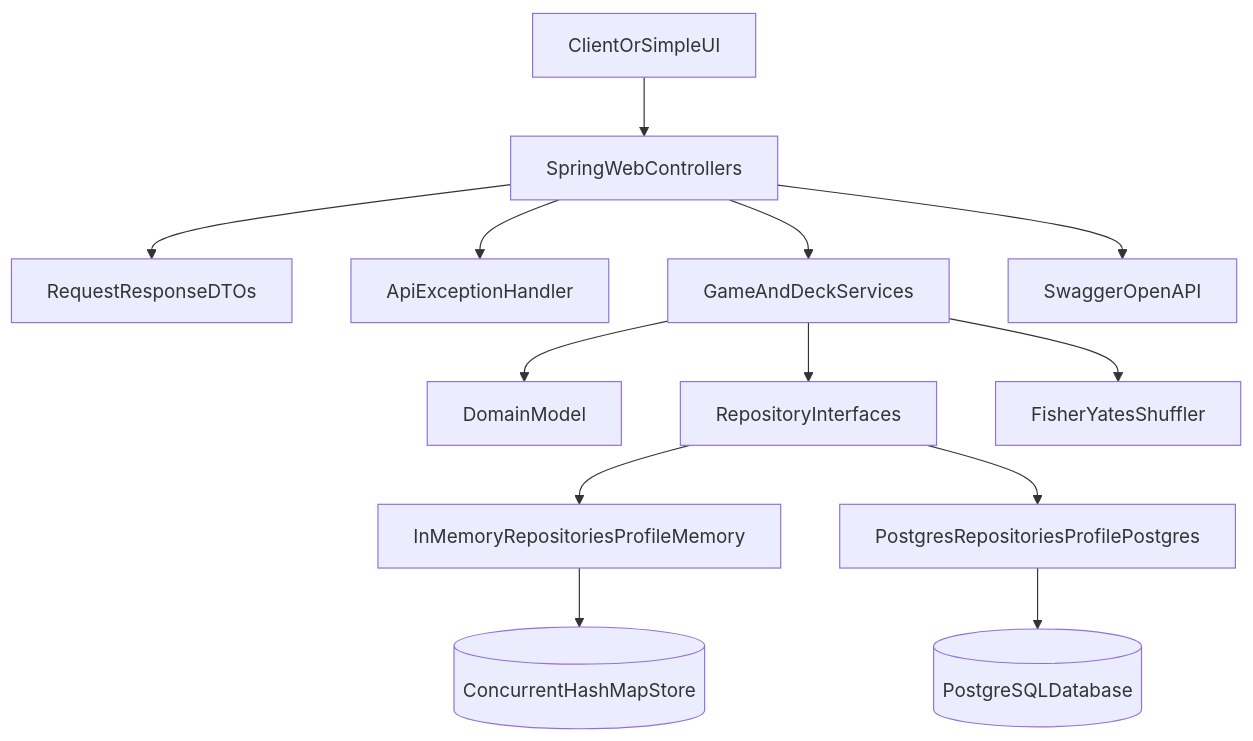
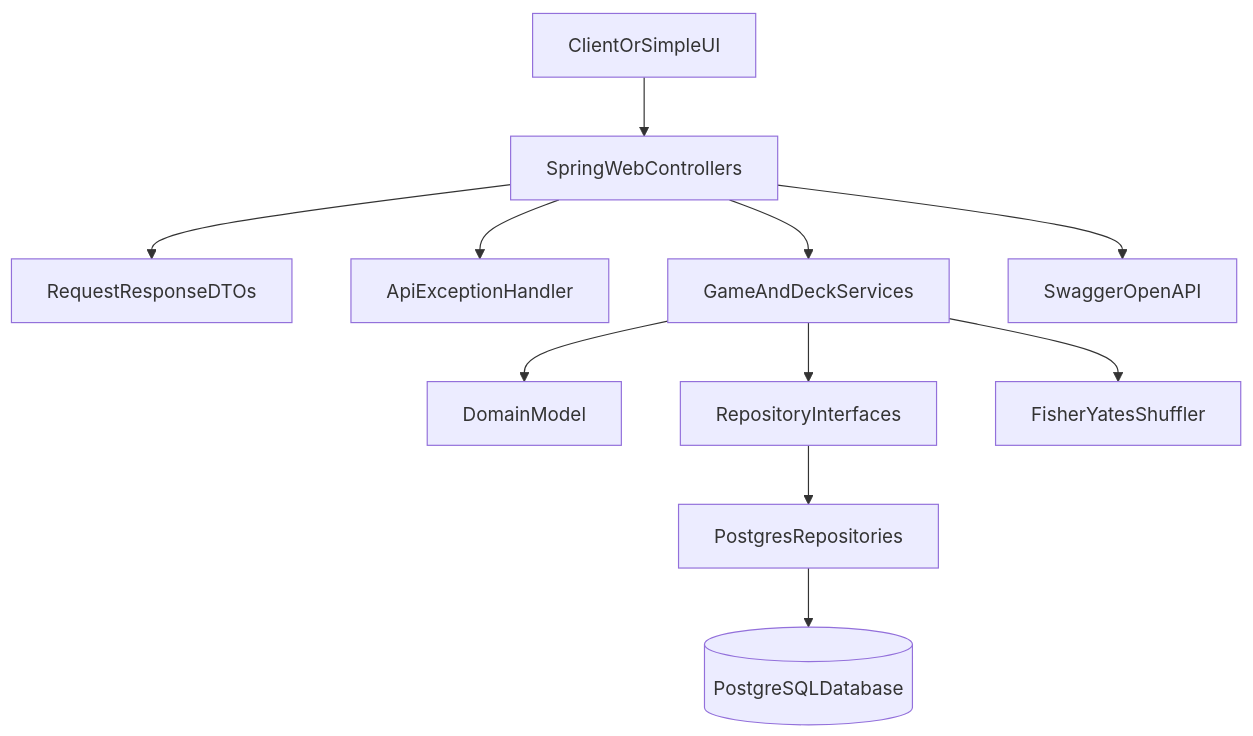
One commit to Alpha0824/deck-service changed the diagram in README.md. Above: the diagram before and after it, drawn with Mermaid. The commit also changed other lines of this file and 19 other files, not shown here.

````diff
--- a/README.md
+++ b/README.md
@@ -84,15 +71,13 @@
 ```mermaid
 flowchart TD
     client[ClientOrSimpleUI] --> api[SpringWebControllers]
     api --> dto[RequestResponseDTOs]
     api --> handler[ApiExceptionHandler]
     api --> service[GameAndDeckServices]
     service --> domain[DomainModel]
     service --> repo[RepositoryInterfaces]
-    repo --> memory[InMemoryRepositoriesProfileMemory]
-    repo --> postgres[PostgresRepositoriesProfilePostgres]
-    memory --> maps[(ConcurrentHashMapStore)]
+    repo --> postgres[PostgresRepositories]
     postgres --> db[(PostgreSQLDatabase)]
     service --> shuffler[FisherYatesShuffler]
     api --> openapi[SwaggerOpenAPI]
 ```
````
